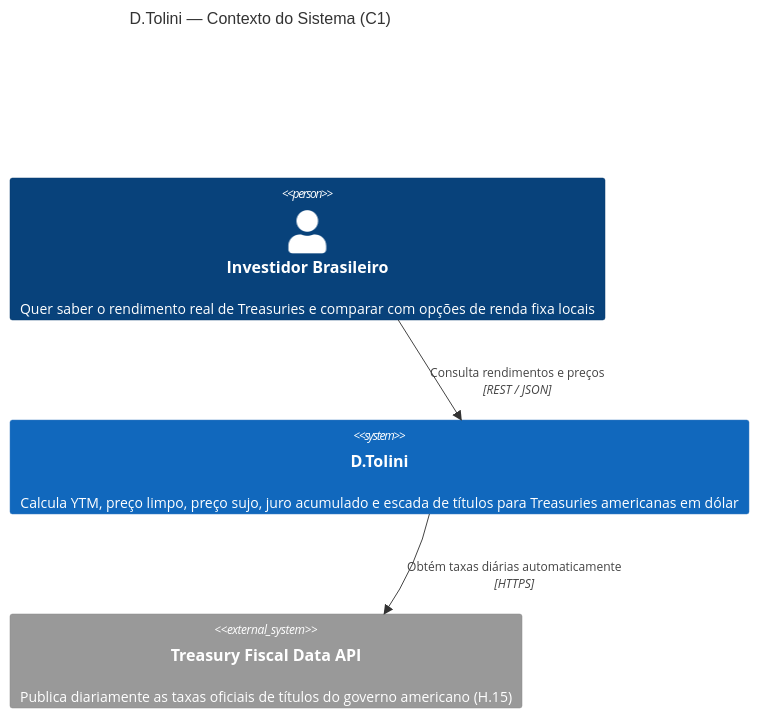
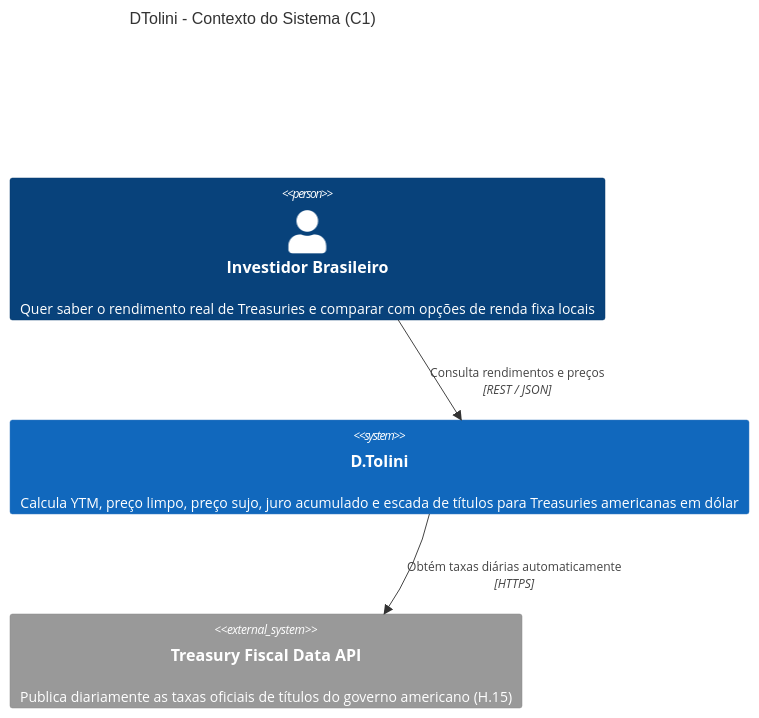
One commit to Danilotolini/dtolini changed the diagram in docs/diagrams/c4-l1-contexto.mermaid. Above: the diagram before and after it, drawn with Mermaid. The commit also changed 1 other file, not shown here.

Commit message:
fix: remove travessao e acentos dos titulos Mermaid (erro lexico no GitHub)

```diff
--- a/docs/diagrams/c4-l1-contexto.mermaid
+++ b/docs/diagrams/c4-l1-contexto.mermaid
@@ -1,11 +1,11 @@
 C4Context
-    title D.Tolini — Contexto do Sistema (C1)
+    title DTolini - Contexto do Sistema (C1)
 
     Person(investidor, "Investidor Brasileiro", "Quer saber o rendimento real de Treasuries e comparar com opções de renda fixa locais")
 
     System(dtolini, "D.Tolini", "Calcula YTM, preço limpo, preço sujo, juro acumulado e escada de títulos para Treasuries americanas em dólar")
 
     System_Ext(treasury, "Treasury Fiscal Data API", "Publica diariamente as taxas oficiais de títulos do governo americano (H.15)")
 
     Rel(investidor, dtolini, "Consulta rendimentos e preços", "REST / JSON")
     Rel(dtolini, treasury, "Obtém taxas diárias automaticamente", "HTTPS")
```
